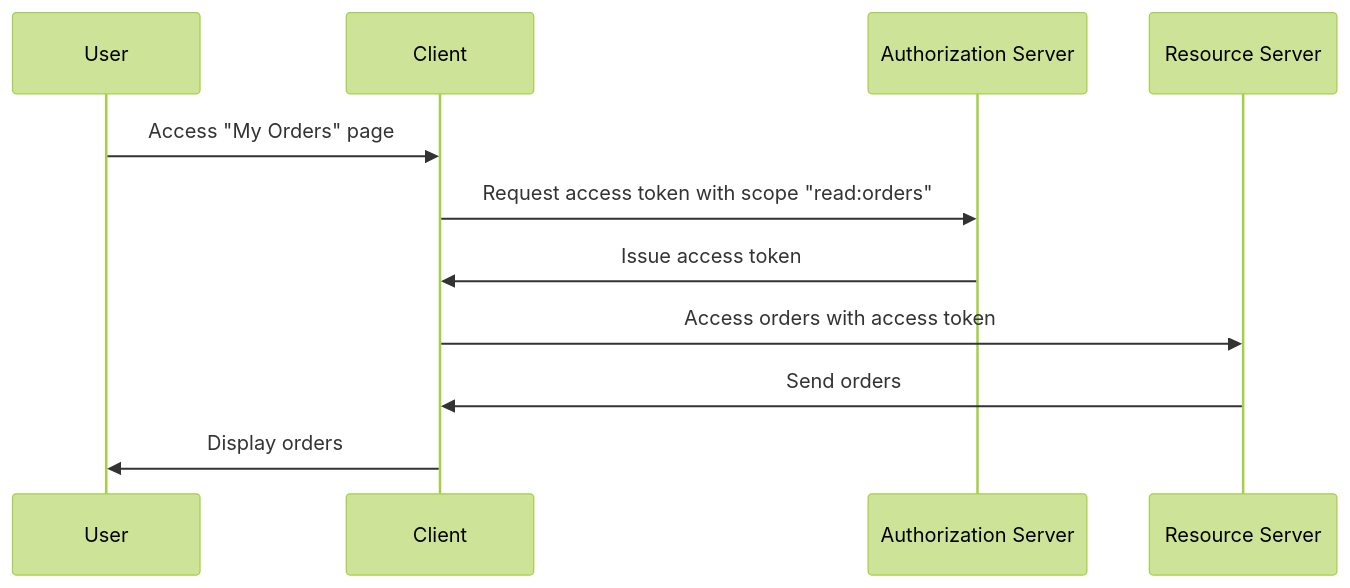
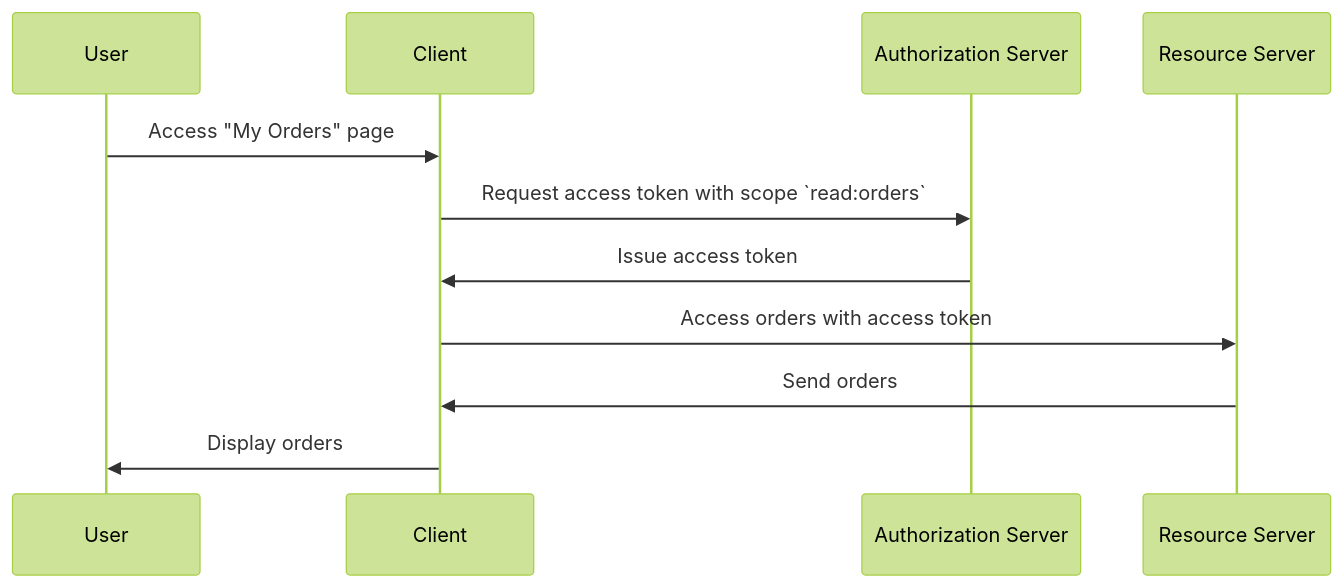
Before and after one commit to logto-io/auth-wiki: the second of 2 diagrams in src/articles/access-control.mdx, drawn with Mermaid (forest theme). The commit also changed 11 other files, not shown here.

````diff
--- a/src/articles/access-control.mdx
+++ b/src/articles/access-control.mdx
@@ -52,14 +52,14 @@
 ```mermaid
 sequenceDiagram
     participant User
     participant Client
     participant Authorization Server
     participant Resource Server
 
     User->>Client: Access "My Orders" page
-    Client->>Authorization Server: Request access token with scope "read:orders"
+    Client->>Authorization Server: Request access token with scope `read:orders`
     Authorization Server->>Client: Issue access token
     Client->>Resource Server: Access orders with access token
     Resource Server->>Client: Send orders
     Client->>User: Display orders
 ```
````
